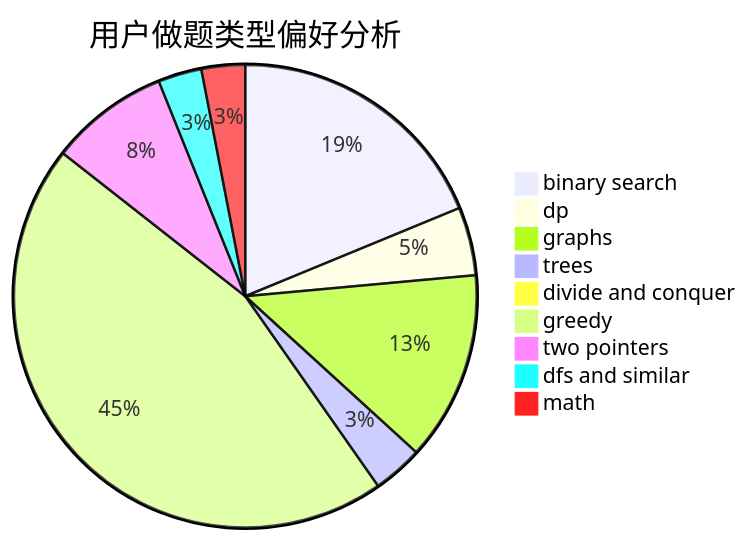
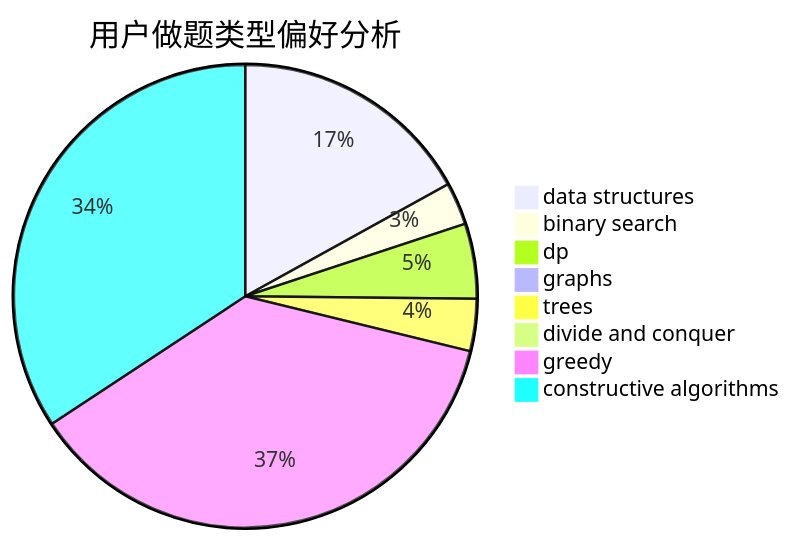
One commit to sherpahu/cfrs.github.io changed the second of 3 diagrams in docs/user/u436.md. Above: the diagram before and after it, drawn with Mermaid. The commit also changed other lines of this file and 2775 other files, not shown here.

````diff
--- a/docs/user/u436.md
+++ b/docs/user/u436.md
@@ -23,12 +23,11 @@
 ```mermaid
 pie title 用户做题类型偏好分析
-    "binary search" :  284
-    "dp" :  72
-    "graphs" :  200
-    "trees" :  53
-    "divide and conquer" :  7
-    "greedy" :  685
-    "two pointers" :  126
-    "dfs and similar" :  46
-    "math" :  46
+    "data structures" :  149
+    "binary search" :  26
+    "dp" :  46
+    "graphs" :  7
+    "trees" :  32
+    "divide and conquer" :  0
+    "greedy" :  324
+    "constructive algorithms" :  301
 ```
````
